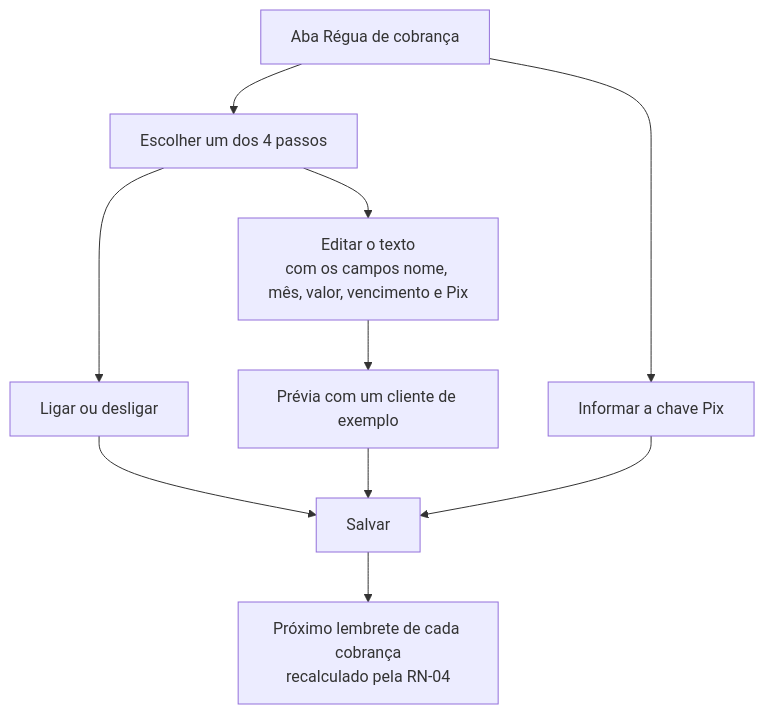
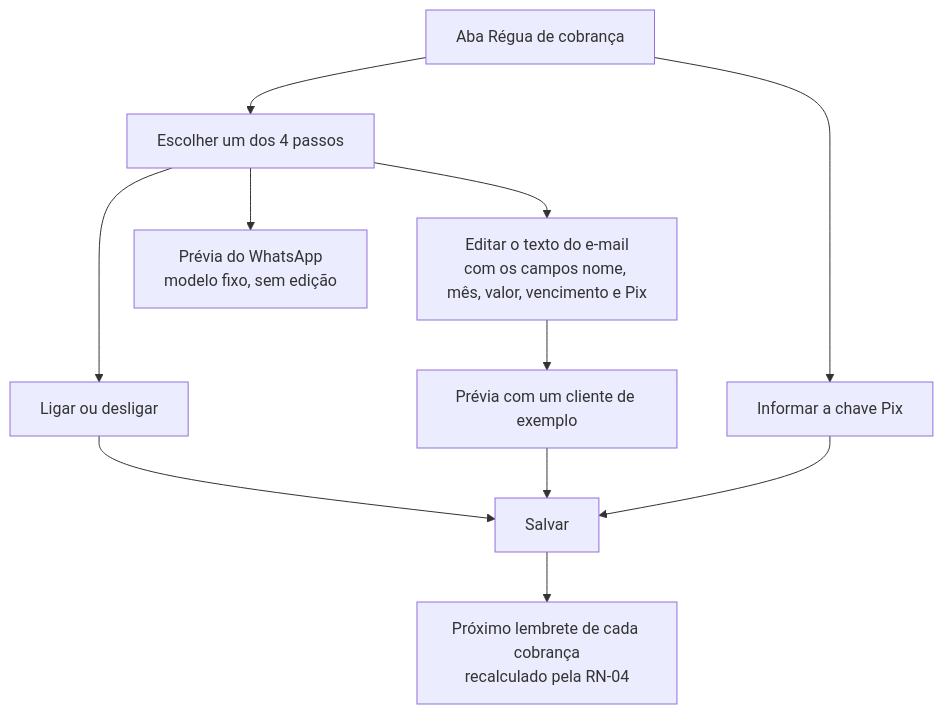
One commit to 77mdias/neximob changed diagram 16 of 19 in docs/Mapa de fluxo.md. Above: the diagram before and after it, drawn with Mermaid. The commit also changed other lines of this file and 6 other files, not shown here.

First line of the commit message:
docs: registra decisões de stack, pendências, WhatsApp e CPF/CNPJ

````diff
--- a/docs/Mapa de fluxo.md
+++ b/docs/Mapa de fluxo.md
@@ -391,12 +426,13 @@
 ```mermaid
 flowchart TD
     A["Aba Régua de cobrança"] --> B["Informar a chave Pix"]
     A --> C["Escolher um dos 4 passos"]
     C --> D["Ligar ou desligar"]
-    C --> E["Editar o texto<br/>com os campos nome, mês, valor, vencimento e Pix"]
+    C --> E["Editar o texto do e-mail<br/>com os campos nome, mês, valor, vencimento e Pix"]
+    C --> W["Prévia do WhatsApp<br/>modelo fixo, sem edição"]
     E --> F["Prévia com um cliente de exemplo"]
     D --> G["Salvar"]
     F --> G
     B --> G
     G --> H["Próximo lembrete de cada cobrança<br/>recalculado pela RN-04"]
 ```
````
